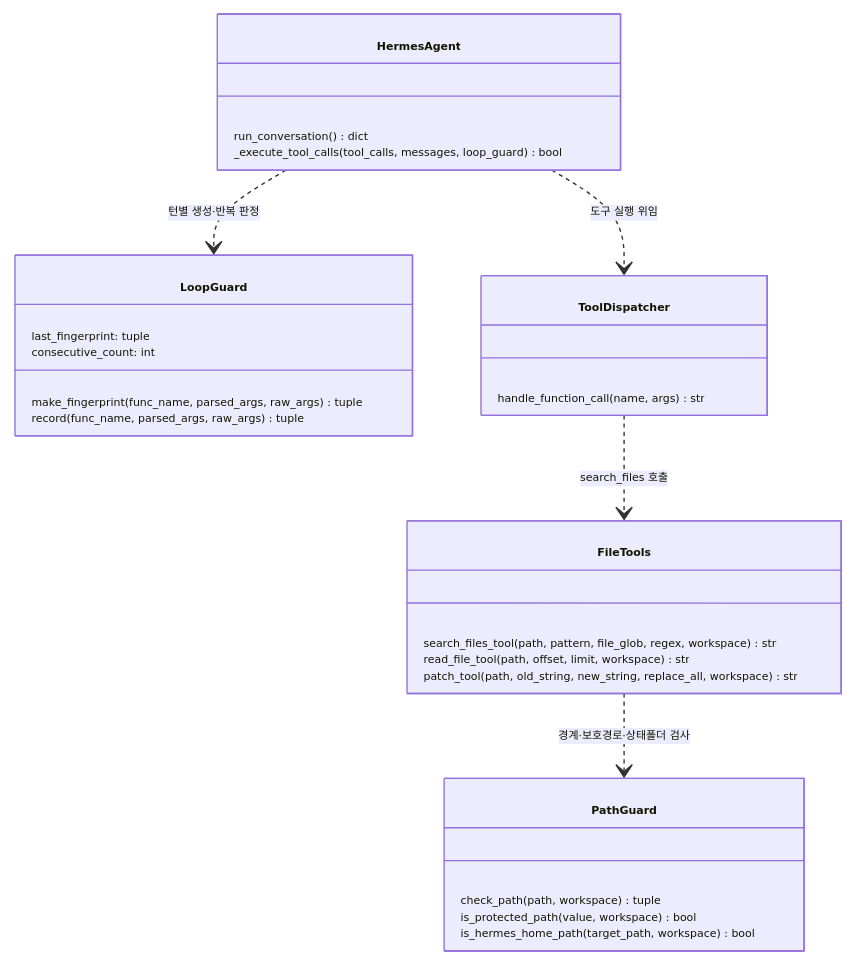
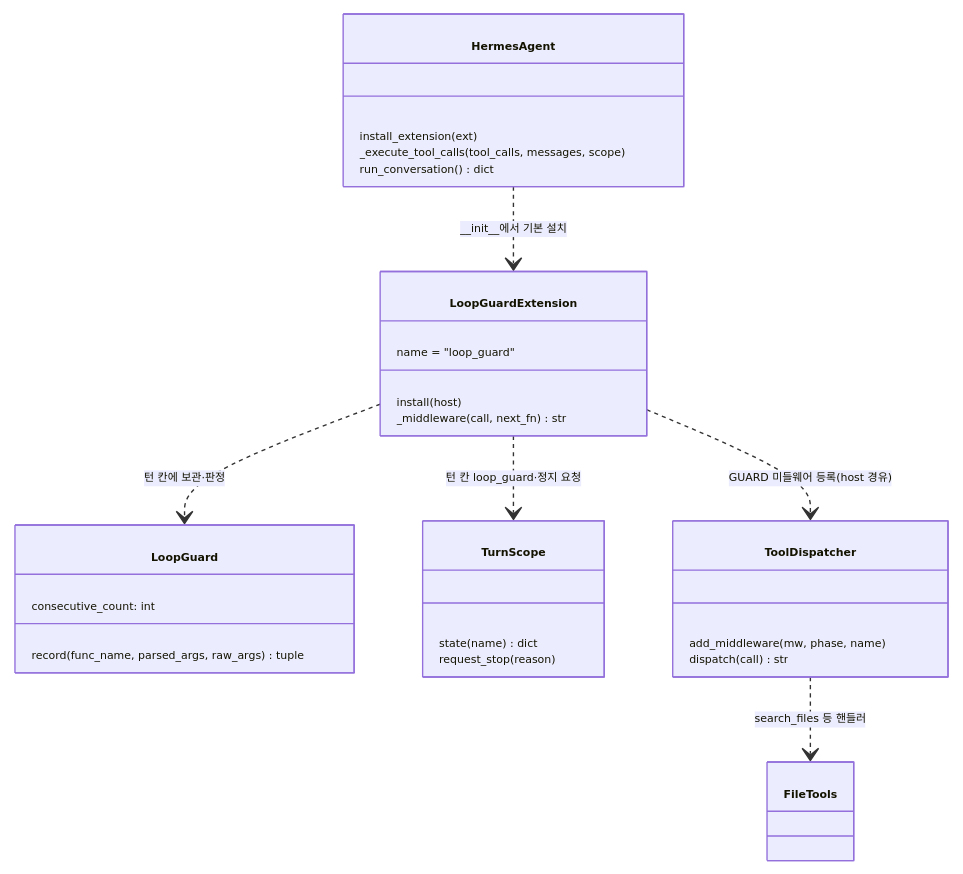
The third of 4 diagrams in docs/로드맵/17-루프-정체-감지-자가-교정-MVP/ROADMAP.md (RadiantCitron/hermes-agent-study), drawn with Mermaid before and after one commit. The commit also changed other lines of this file, not shown here.

First line of the commit message:
docs(roadmap): R17-PLAN - 17 ROADMAP.md를 16 계약 기준으로 재작성 (GUARD 내장 확장 그림·파급 범위·위험 7~9·§6-2)

````diff
--- a/docs/로드맵/17-루프-정체-감지-자가-교정-MVP/ROADMAP.md
+++ b/docs/로드맵/17-루프-정체-감지-자가-교정-MVP/ROADMAP.md
@@ -77,31 +82,31 @@
 ```mermaid
 %%{init: {"themeVariables": {"fontSize": "8px"}}}%%
 classDiagram
   class HermesAgent {
+    install_extension(ext)
+    _execute_tool_calls(tool_calls, messages, scope)
     run_conversation() dict
-    _execute_tool_calls(tool_calls, messages, loop_guard) bool
+  }
+  class LoopGuardExtension {
+    name = "loop_guard"
+    install(host)
+    _middleware(call, next_fn) str
   }
   class LoopGuard {
-    last_fingerprint: tuple
     consecutive_count: int
-    make_fingerprint(func_name, parsed_args, raw_args) tuple
     record(func_name, parsed_args, raw_args) tuple
   }
+  class TurnScope {
+    state(name) dict
+    request_stop(reason)
+  }
   class ToolDispatcher {
-    handle_function_call(name, args) str
+    add_middleware(mw, phase, name)
+    dispatch(call) str
   }
-  class FileTools {
-    search_files_tool(path, pattern, file_glob, regex, workspace) str
-    read_file_tool(path, offset, limit, workspace) str
-    patch_tool(path, old_string, new_string, replace_all, workspace) str
-  }
-  class PathGuard {
-    check_path(path, workspace) tuple
-    is_protected_path(value, workspace) bool
-    is_hermes_home_path(target_path, workspace) bool
-  }
-  HermesAgent ..> LoopGuard : 턴별 생성·반복 판정
-  HermesAgent ..> ToolDispatcher : 도구 실행 위임
-  ToolDispatcher ..> FileTools : search_files 호출
-  FileTools ..> PathGuard : 경계·보호경로·상태폴더 검사
+  HermesAgent ..> LoopGuardExtension : __init__에서 기본 설치
+  LoopGuardExtension ..> ToolDispatcher : GUARD 미들웨어 등록(host 경유)
+  LoopGuardExtension ..> TurnScope : 턴 칸 loop_guard·정지 요청
+  LoopGuardExtension ..> LoopGuard : 턴 칸에 보관·판정
+  ToolDispatcher ..> FileTools : search_files 등 핸들러
 ```
````
